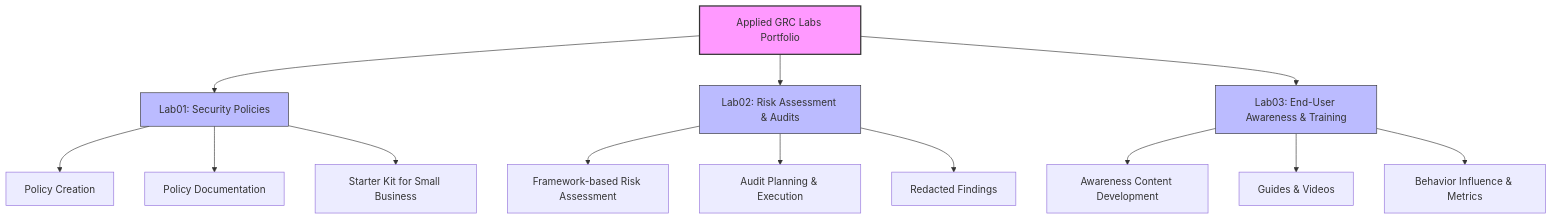
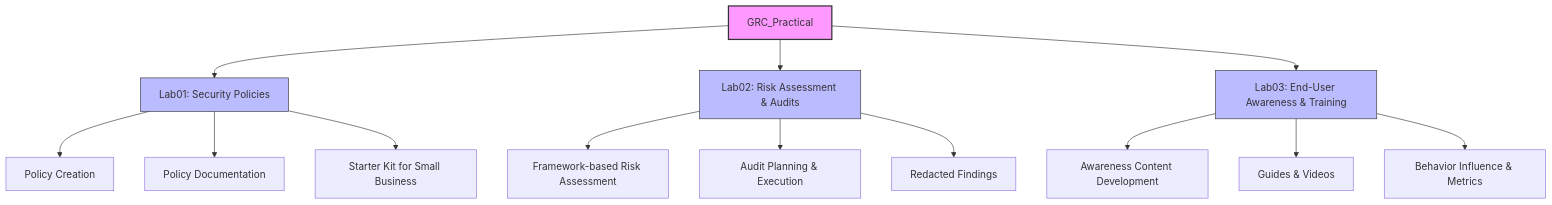
One commit to MoCyberSecurity/GRC_Practical changed the diagram in README.md. Above: the diagram before and after it, drawn with Mermaid.

````diff
--- a/README.md
+++ b/README.md
@@ -29,23 +29,23 @@
 ```mermaid
 flowchart TD
-    A[Applied GRC Labs Portfolio] --> B[Lab01: Security Policies]
+    A[GRC_Practical] --> B[Lab01: Security Policies]
     A --> C[Lab02: Risk Assessment & Audits]
     A --> D[Lab03: End-User Awareness & Training]
 
     B --> B1[Policy Creation]
     B --> B2[Policy Documentation]
     B --> B3[Starter Kit for Small Business]
 
     C --> C1[Framework-based Risk Assessment]
     C --> C2[Audit Planning & Execution]
     C --> C3[Redacted Findings]
 
     D --> D1[Awareness Content Development]
     D --> D2[Guides & Videos]
     D --> D3[Behavior Influence & Metrics]
 
     style A fill:#f9f,stroke:#333,stroke-width:2px
     style B fill:#bbf,stroke:#333
     style C fill:#bbf,stroke:#333
     style D fill:#bbf,stroke:#333
 ```
````
